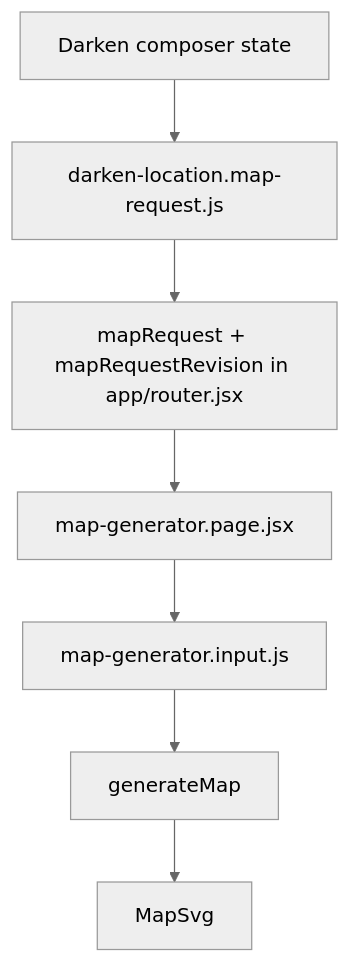
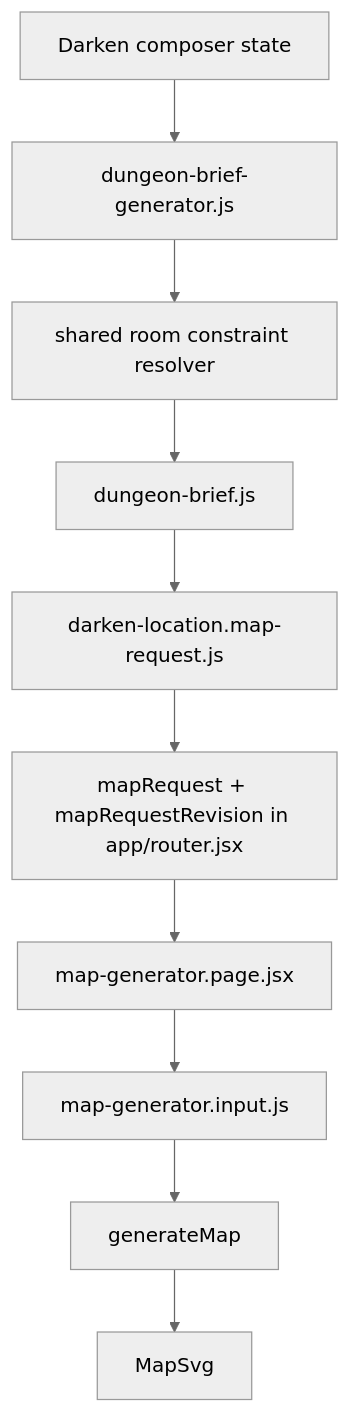
Before and after one commit to danilo-aversa/cruor-games: the second of 2 diagrams in docs/repository-map/runtime-flows.md, drawn with Mermaid (neutral theme). The commit also changed other lines of this file and 67 other files, not shown here.

````diff
--- a/docs/repository-map/runtime-flows.md
+++ b/docs/repository-map/runtime-flows.md
@@ -36,9 +36,12 @@
 ```mermaid
 flowchart TD
-  Composer[Darken composer state] --> Request[darken-location.map-request.js]
+  Composer[Darken composer state] --> BriefGenerator[dungeon-brief-generator.js]
+  BriefGenerator --> Resolver[shared room constraint resolver]
+  Resolver --> Brief[dungeon-brief.js]
+  Brief --> Request[darken-location.map-request.js]
   Request --> Router[mapRequest + mapRequestRevision in app/router.jsx]
   Router --> Page[map-generator.page.jsx]
   Page --> Input[map-generator.input.js]
   Input --> Pipeline[generateMap]
   Pipeline --> Render[MapSvg]
 ```
````
